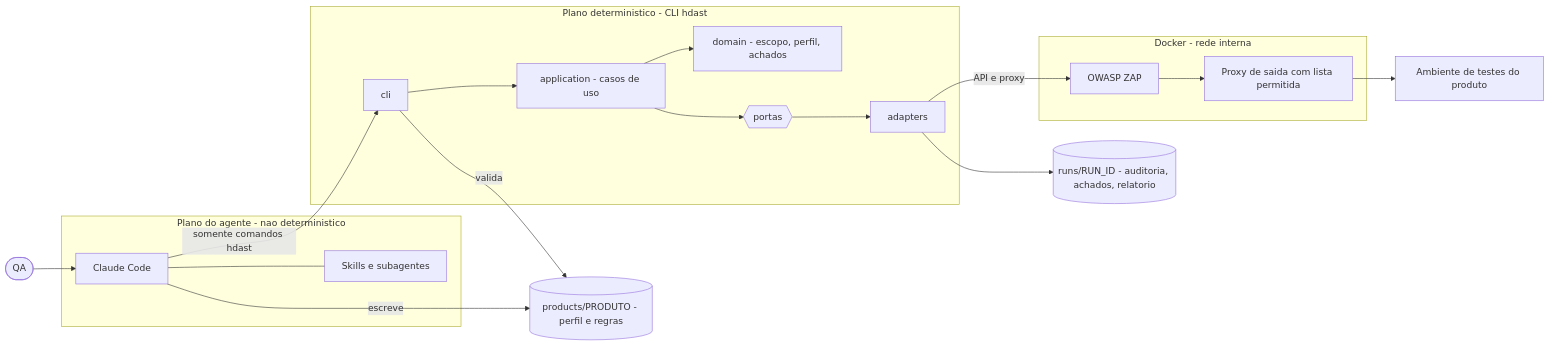
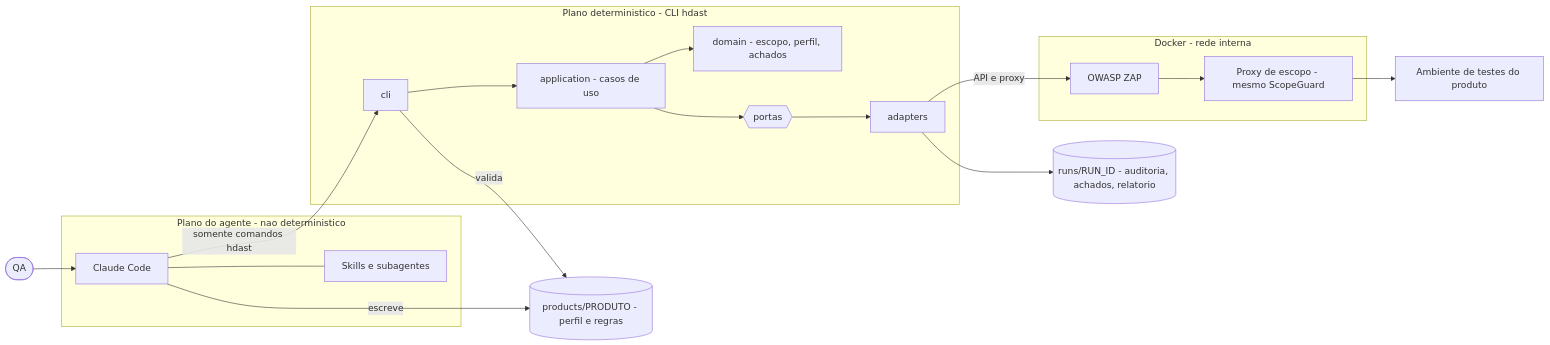
One commit to MarcosQuintino0/harness-dast changed the first of 3 diagrams in docs/architecture.md. Above: the diagram before and after it, drawn with Mermaid. The commit also changed other lines of this file and 23 other files, not shown here.

````diff
--- a/docs/architecture.md
+++ b/docs/architecture.md
@@ -39,25 +39,25 @@
 ```mermaid
 flowchart LR
   QA([QA]) --> CC
   subgraph AG["Plano do agente - nao deterministico"]
     CC["Claude Code"] --- SK["Skills e subagentes"]
   end
   subgraph HD["Plano deterministico - CLI hdast"]
     CLI["cli"] --> APP["application - casos de uso"]
     APP --> DOM["domain - escopo, perfil, achados"]
     APP --> PORTS{{"portas"}}
     PORTS --> AD["adapters"]
   end
   subgraph DK["Docker - rede interna"]
-    ZAP["OWASP ZAP"] --> EP["Proxy de saida com lista permitida"]
+    ZAP["OWASP ZAP"] --> EP["Proxy de escopo - mesmo ScopeGuard"]
   end
   PROD[("products/PRODUTO - perfil e regras")]
   RUNS[("runs/RUN_ID - auditoria, achados, relatorio")]
   TGT["Ambiente de testes do produto"]
   CC -- "somente comandos hdast" --> CLI
   CC -- "escreve" --> PROD
   CLI -- "valida" --> PROD
   AD -- "API e proxy" --> ZAP
   EP --> TGT
   AD --> RUNS
 ```
````
